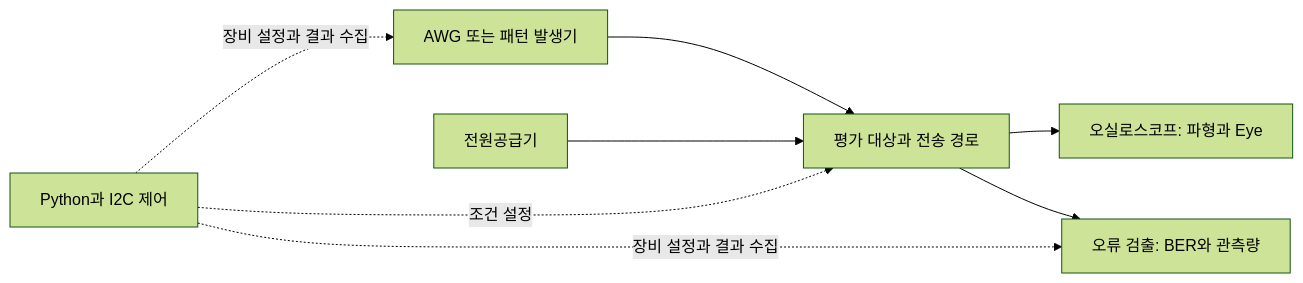
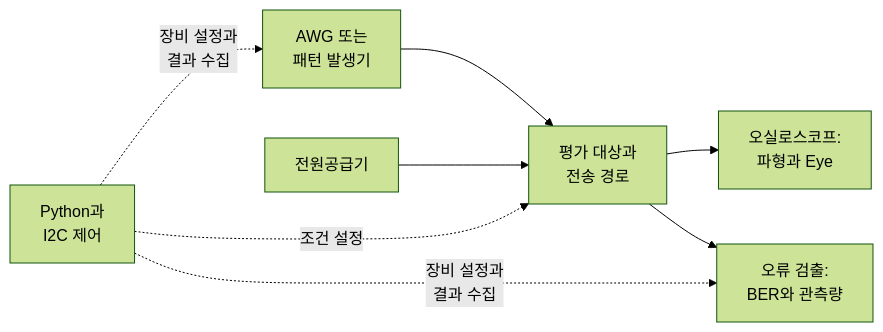
The diagram in projects/high-speed-interface-research/docs/measurement-equipment.md (yunjuhyeong0916-glitch/jhyun), drawn with Mermaid (forest theme) before and after one commit. The commit also changed 4 other files, not shown here.

Commit message:
Wrap Mermaid labels to prevent diagram text clipping

````diff
--- a/projects/high-speed-interface-research/docs/measurement-equipment.md
+++ b/projects/high-speed-interface-research/docs/measurement-equipment.md
@@ -37,10 +37,10 @@
 ```mermaid
 flowchart LR
-    A[AWG 또는 패턴 발생기] --> D[평가 대상과 전송 경로]
-    D --> S[오실로스코프: 파형과 Eye]
-    D --> E[오류 검출: BER와 관측량]
+    A["AWG 또는<br/>패턴 발생기"] --> D["평가 대상과<br/>전송 경로"]
+    D --> S["오실로스코프:<br/>파형과 Eye"]
+    D --> E["오류 검출:<br/>BER와 관측량"]
     P[전원공급기] --> D
-    C[Python과 I2C 제어] -. 조건 설정 .-> D
-    C -. 장비 설정과 결과 수집 .-> A
-    C -. 장비 설정과 결과 수집 .-> E
+    C["Python과<br/>I2C 제어"] -. 조건 설정 .-> D
+    C -.->|"장비 설정과<br/>결과 수집"| A
+    C -.->|"장비 설정과<br/>결과 수집"| E
 ```
````
